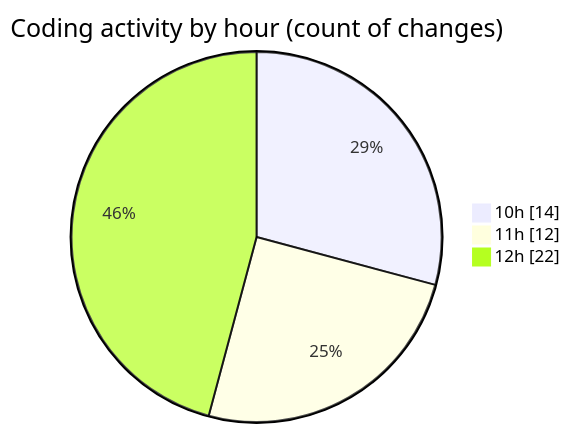
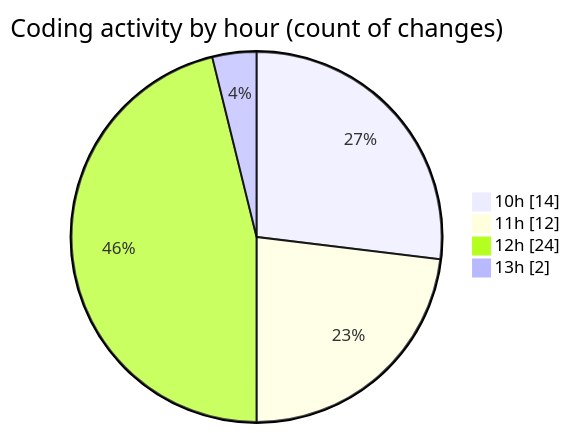
The second of 2 diagrams in 2025-09-29/cda/README.md (momahboobian/code-tracking), drawn with Mermaid before and after one commit. The commit also changed other lines of this file and 1 other file, not shown here.

````diff
--- a/2025-09-29/cda/README.md
+++ b/2025-09-29/cda/README.md
@@ -37,7 +37,8 @@
 ```mermaid
 pie showData
 title Coding activity by hour (count of changes)
 "10h" : 14
 "11h" : 12
-"12h" : 22
+"12h" : 24
+"13h" : 2
 ```
````
